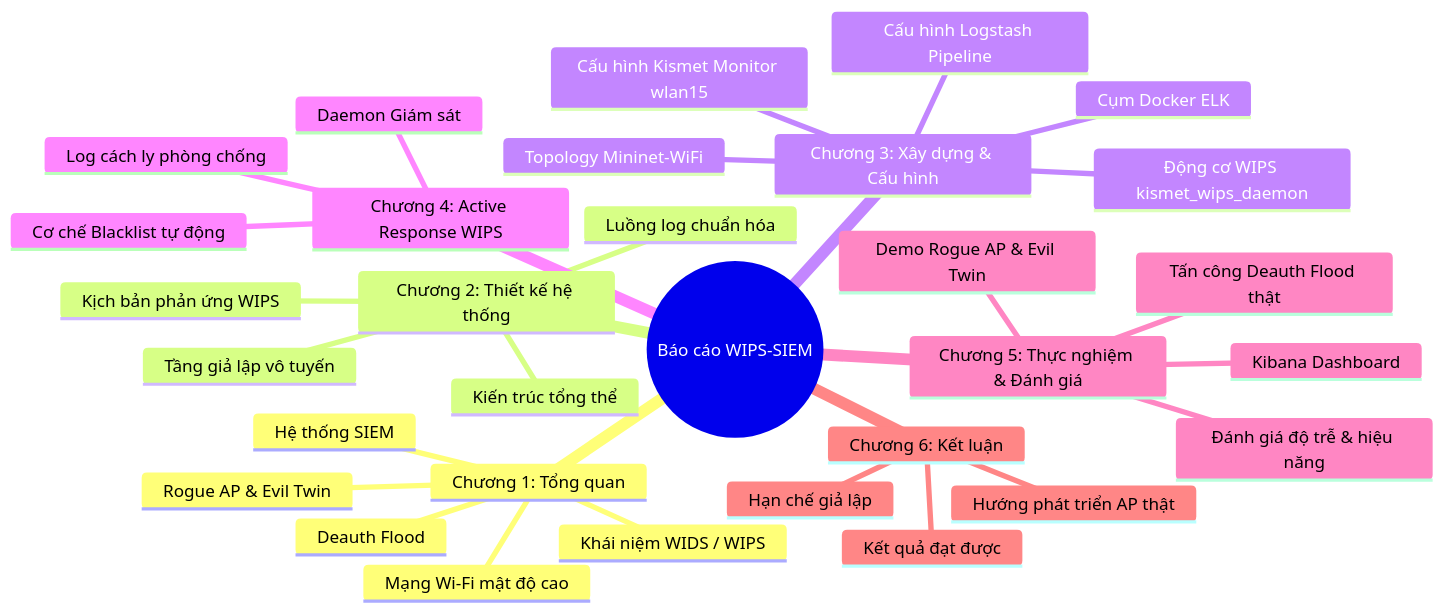
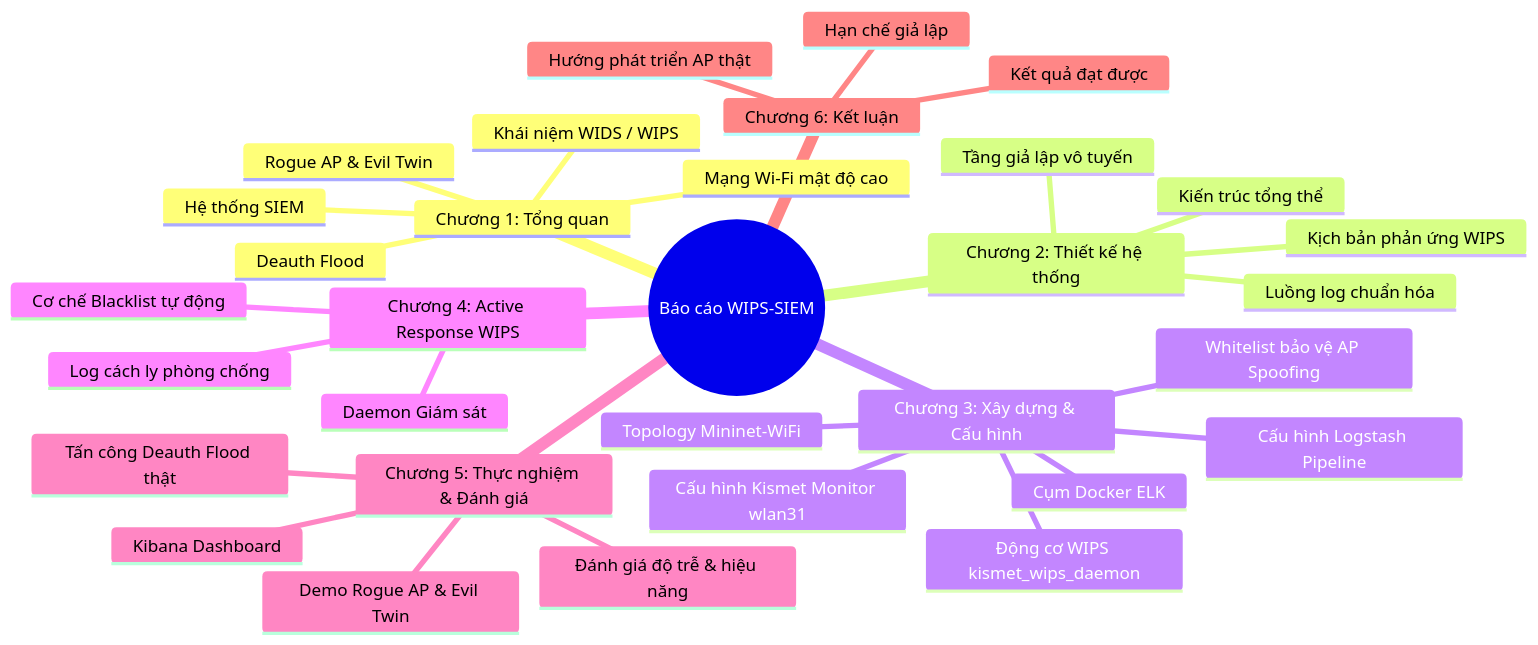
One commit to ph4n10m1808/wireless-mobile-network-security-project changed the diagram in khung_bao_cao_de_tai.md. Above: the diagram before and after it, drawn with Mermaid. The commit also changed other lines of this file and 5 other files, not shown here.

````diff
--- a/khung_bao_cao_de_tai.md
+++ b/khung_bao_cao_de_tai.md
@@ -12,34 +12,35 @@
 ```mermaid
 mindmap
   root((Báo cáo WIPS-SIEM))
     Chương 1: Tổng quan
       Mạng Wi-Fi mật độ cao
       Rogue AP & Evil Twin
       Deauth Flood
       Khái niệm WIDS / WIPS
       Hệ thống SIEM
     Chương 2: Thiết kế hệ thống
       Kiến trúc tổng thể
       Tầng giả lập vô tuyến
       Luồng log chuẩn hóa
       Kịch bản phản ứng WIPS
     Chương 3: Xây dựng & Cấu hình
       Cụm Docker ELK
       Cấu hình Logstash Pipeline
       Topology Mininet-WiFi
-      Cấu hình Kismet Monitor wlan15
+      Cấu hình Kismet Monitor wlan31
+      Whitelist bảo vệ AP Spoofing
       Động cơ WIPS kismet_wips_daemon
     Chương 4: Active Response WIPS
       Daemon Giám sát
       Cơ chế Blacklist tự động
       Log cách ly phòng chống
     Chương 5: Thực nghiệm & Đánh giá
       Demo Rogue AP & Evil Twin
       Tấn công Deauth Flood thật
       Kibana Dashboard
       Đánh giá độ trễ & hiệu năng
     Chương 6: Kết luận
       Kết quả đạt được
       Hạn chế giả lập
       Hướng phát triển AP thật
 ```
````
